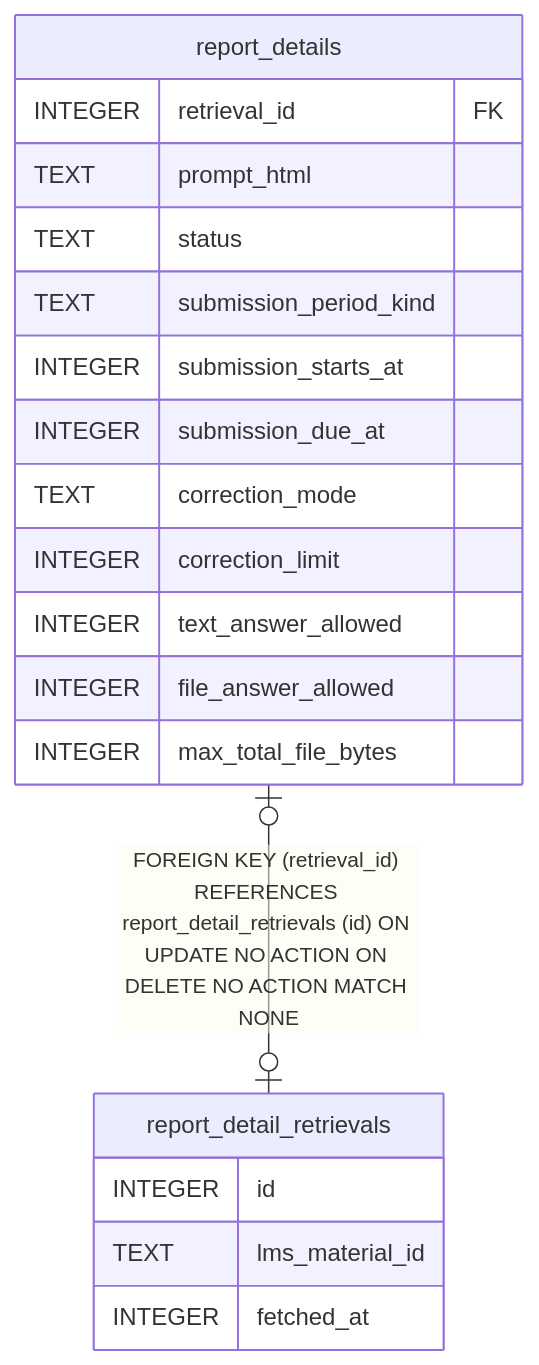
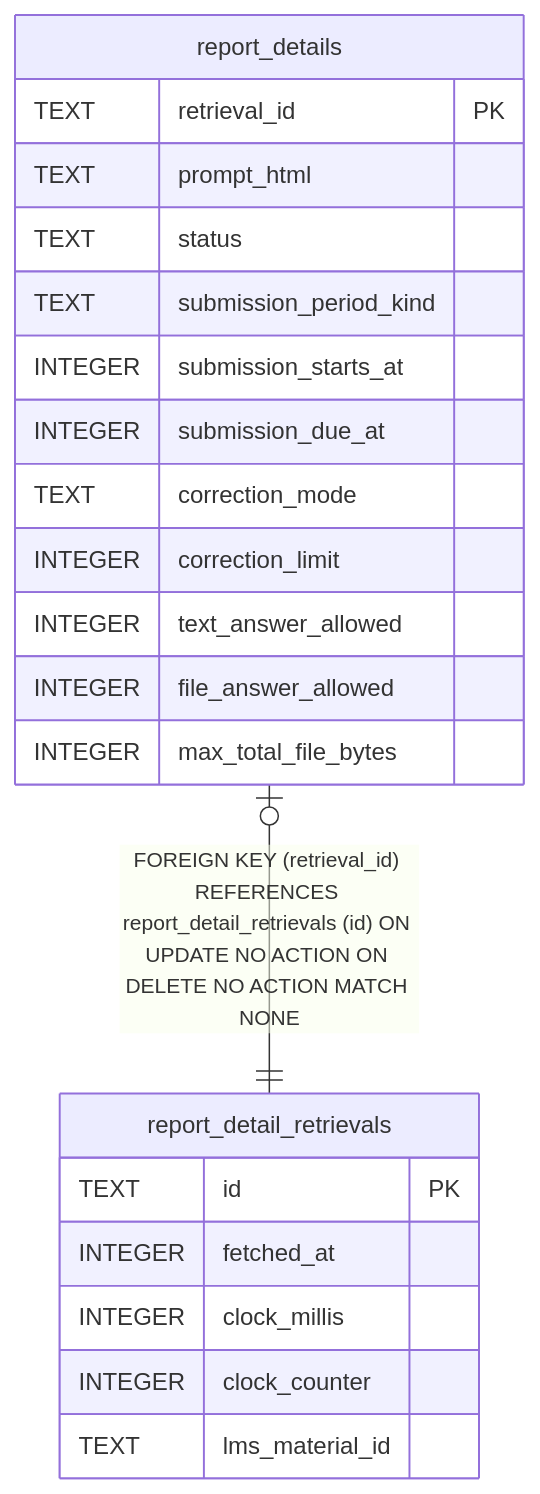
Before and after one commit to futsuuu/ku-potato: the diagram in docs/db/report_detail_retrievals.md, drawn with Mermaid. The commit also changed other lines of this file and 50 other files, not shown here.

````diff
--- a/docs/db/report_detail_retrievals.md
+++ b/docs/db/report_detail_retrievals.md
@@ -43,24 +52,26 @@
 ```mermaid
 erDiagram
 
-"report_details" |o--o| "report_detail_retrievals" : "FOREIGN KEY (retrieval_id) REFERENCES report_detail_retrievals (id) ON UPDATE NO ACTION ON DELETE NO ACTION MATCH NONE"
+"report_details" |o--|| "report_detail_retrievals" : "FOREIGN KEY (retrieval_id) REFERENCES report_detail_retrievals (id) ON UPDATE NO ACTION ON DELETE NO ACTION MATCH NONE"
 
 "report_detail_retrievals" {
-  INTEGER id
+  TEXT id PK
+  INTEGER fetched_at
+  INTEGER clock_millis
+  INTEGER clock_counter
   TEXT lms_material_id
-  INTEGER fetched_at
 }
 "report_details" {
-  INTEGER retrieval_id FK
+  TEXT retrieval_id PK
   TEXT prompt_html
   TEXT status
   TEXT submission_period_kind
   INTEGER submission_starts_at
   INTEGER submission_due_at
   TEXT correction_mode
   INTEGER correction_limit
   INTEGER text_answer_allowed
   INTEGER file_answer_allowed
   INTEGER max_total_file_bytes
 }
 ```
````
